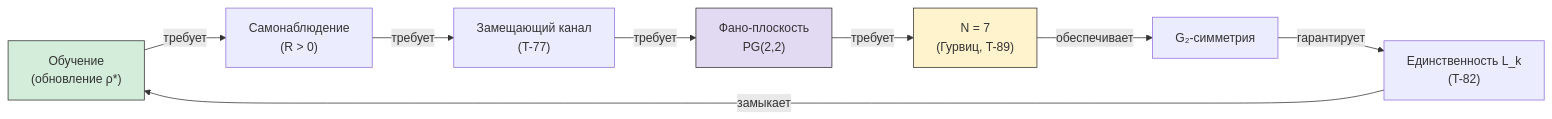
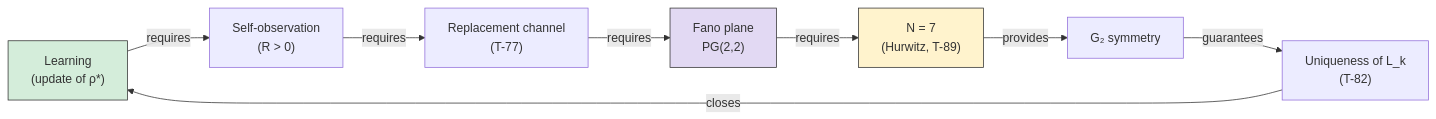
The second of 2 diagrams in website/docs/applied/coherence-cybernetics/learning-bounds.md (uhm-theory/holon), drawn with Mermaid before and after one commit. The commit also changed other lines of this file and 28 other files, not shown here.

````diff
--- a/website/docs/applied/coherence-cybernetics/learning-bounds.md
+++ b/website/docs/applied/coherence-cybernetics/learning-bounds.md
@@ -565,14 +565,14 @@
 ```mermaid
 graph LR
-    LEARN["Обучение<br/>(обновление ρ*)"] -->|требует| SELF["Самонаблюдение<br/>(R > 0)"]
-    SELF -->|требует| REPL["Замещающий канал<br/>(T-77)"]
-    REPL -->|требует| FANO["Фано-плоскость<br/>PG(2,2)"]
-    FANO -->|требует| DIM7["N = 7<br/>(Гурвиц, T-89)"]
-    DIM7 -->|обеспечивает| G2["G₂-симметрия"]
-    G2 -->|гарантирует| UNIQUE["Единственность L_k<br/>(T-82)"]
-    UNIQUE -->|замыкает| LEARN
+    LEARN["Learning<br/>(update of ρ*)"] -->|requires| SELF["Self-observation<br/>(R > 0)"]
+    SELF -->|requires| REPL["Replacement channel<br/>(T-77)"]
+    REPL -->|requires| FANO["Fano plane<br/>PG(2,2)"]
+    FANO -->|requires| DIM7["N = 7<br/>(Hurwitz, T-89)"]
+    DIM7 -->|provides| G2["G₂ symmetry"]
+    G2 -->|guarantees| UNIQUE["Uniqueness of L_k<br/>(T-82)"]
+    UNIQUE -->|closes| LEARN
 
     style LEARN fill:#d4edda,stroke:#333
     style DIM7 fill:#fff3cd,stroke:#333
     style FANO fill:#e2d9f3,stroke:#333
 ```
````
